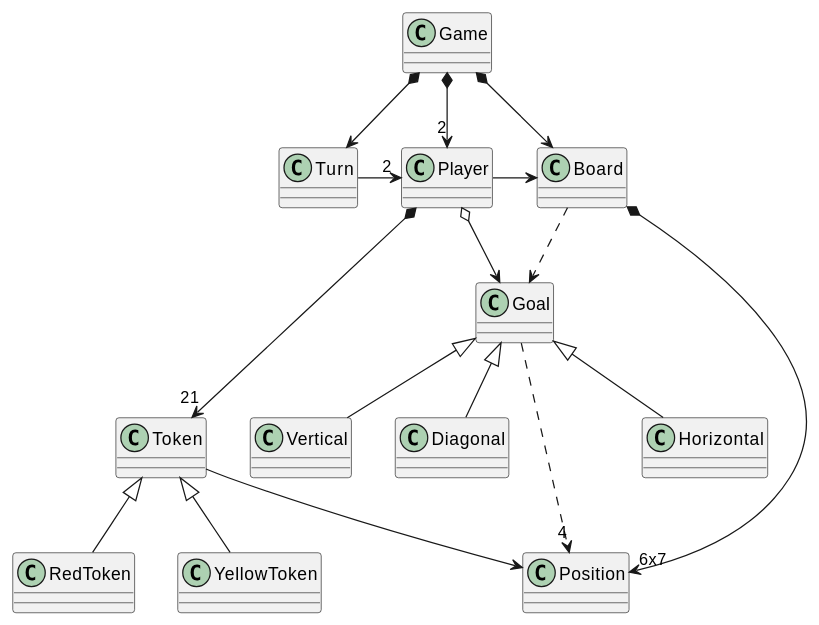
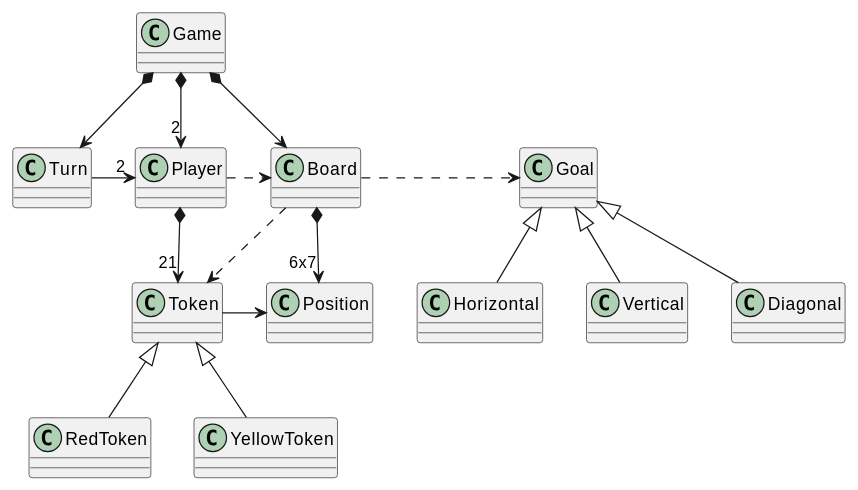
Before and after one commit to jartado/ioc: the first of 4 diagrams in mds-2022/1-fundamentos/modelo-connect4.adoc, drawn with PlantUML.

Commit message:
organización del diagrama de clases

```diff
--- a/mds-2022/1-fundamentos/modelo-connect4.adoc
+++ b/mds-2022/1-fundamentos/modelo-connect4.adoc
@@ -15,26 +15,25 @@
 [plantuml, DiagramaVocabulary, svg]
 ....
 
 Game *-d-> Board
 Game *-d-> "2" Player
 Game *-d-> Turn
 
 Turn -> "2" Player
 
-Player -> Board
-Player o-d-> Goal
-Player *---> "21" Token
+Player .> Board
+Player *--> "21" Token
 
-Board .d.> Goal
-Board *--> "6x7" Position
+Board .> Goal
+Board *-> "6x7" Position
+Board .> Token
 
-Token --> Position
+Token -> Position
 Token <|-d- RedToken
 Token <|-d- YellowToken
 
-Goal .r.> "4" Position
 Goal <|-d- Horizontal
 Goal <|-d- Vertical
 Goal <|-d- Diagonal
 
 ....
```
